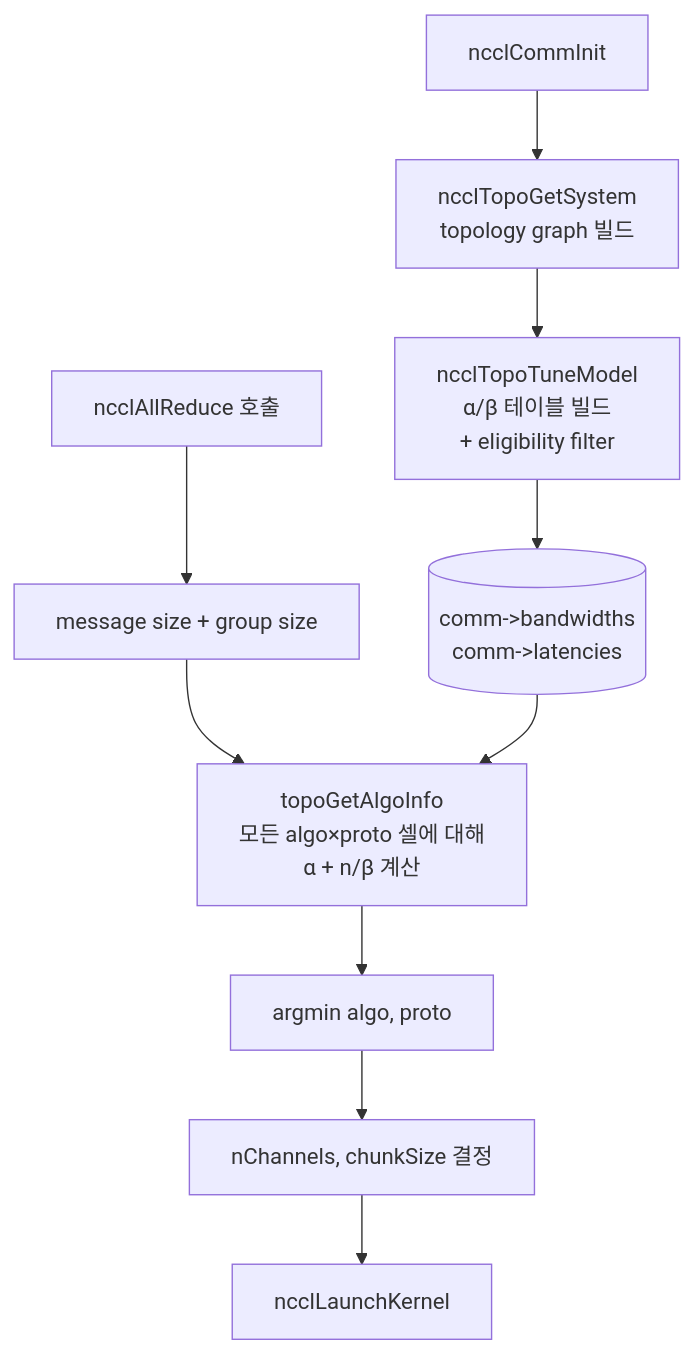
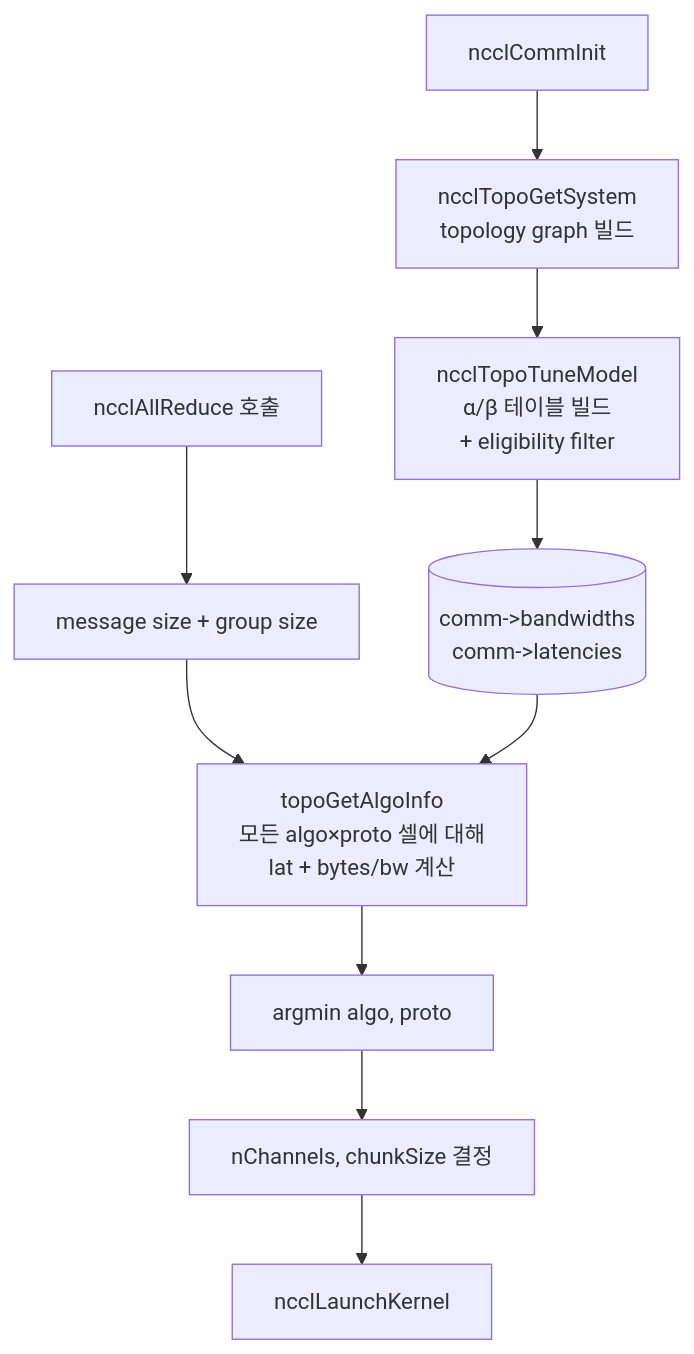
One commit to roycho96/roycho96.github.io changed the diagram in _posts/2026-04-28-nccl-algorithms.ko.md. Above: the diagram before and after it, drawn with Mermaid. The commit also changed other lines of this file and 1 other file, not shown here.

````diff
--- a/_posts/2026-04-28-nccl-algorithms.ko.md
+++ b/_posts/2026-04-28-nccl-algorithms.ko.md
@@ -518,13 +525,13 @@
 ```mermaid
 flowchart TD
     A[ncclCommInit] --> B[ncclTopoGetSystem<br/>topology graph 빌드]
     B --> C[ncclTopoTuneModel<br/>α/β 테이블 빌드<br/>+ eligibility filter]
     C --> D[(comm-&gt;bandwidths<br/>comm-&gt;latencies)]
 
     E[ncclAllReduce 호출] --> F[message size + group size]
-    F --> G[topoGetAlgoInfo<br/>모든 algo×proto 셀에 대해<br/>α + n/β 계산]
+    F --> G[topoGetAlgoInfo<br/>모든 algo×proto 셀에 대해<br/>lat + bytes/bw 계산]
     D --> G
     G --> H[argmin algo, proto]
     H --> I[nChannels, chunkSize 결정]
     I --> J[ncclLaunchKernel]
 ```
````
